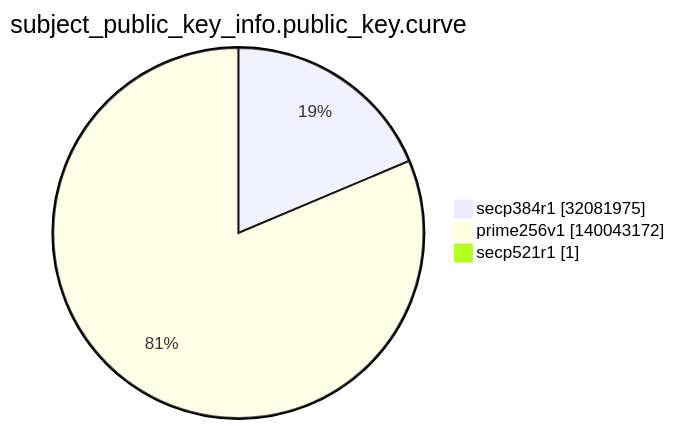
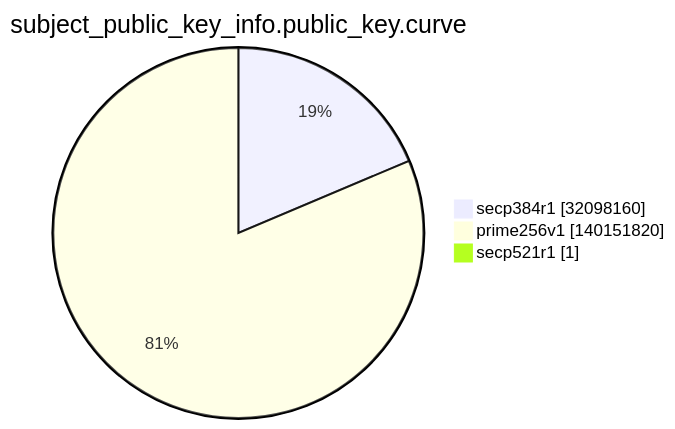
Before and after one commit to christiankrug/ctmonitor_visualization: the ninth of 15 diagrams in argon2022/README.md, drawn with Mermaid. The commit also changed other lines of this file, not shown here.

````diff
--- a/argon2022/README.md
+++ b/argon2022/README.md
@@ -2762,7 +2762,7 @@
 ```mermaid
 pie showData
 title subject_public_key_info.public_key.curve
-"secp384r1" :32081975
-"prime256v1" :140043172
+"secp384r1" :32098160
+"prime256v1" :140151820
 "secp521r1" :1
 ```
````
